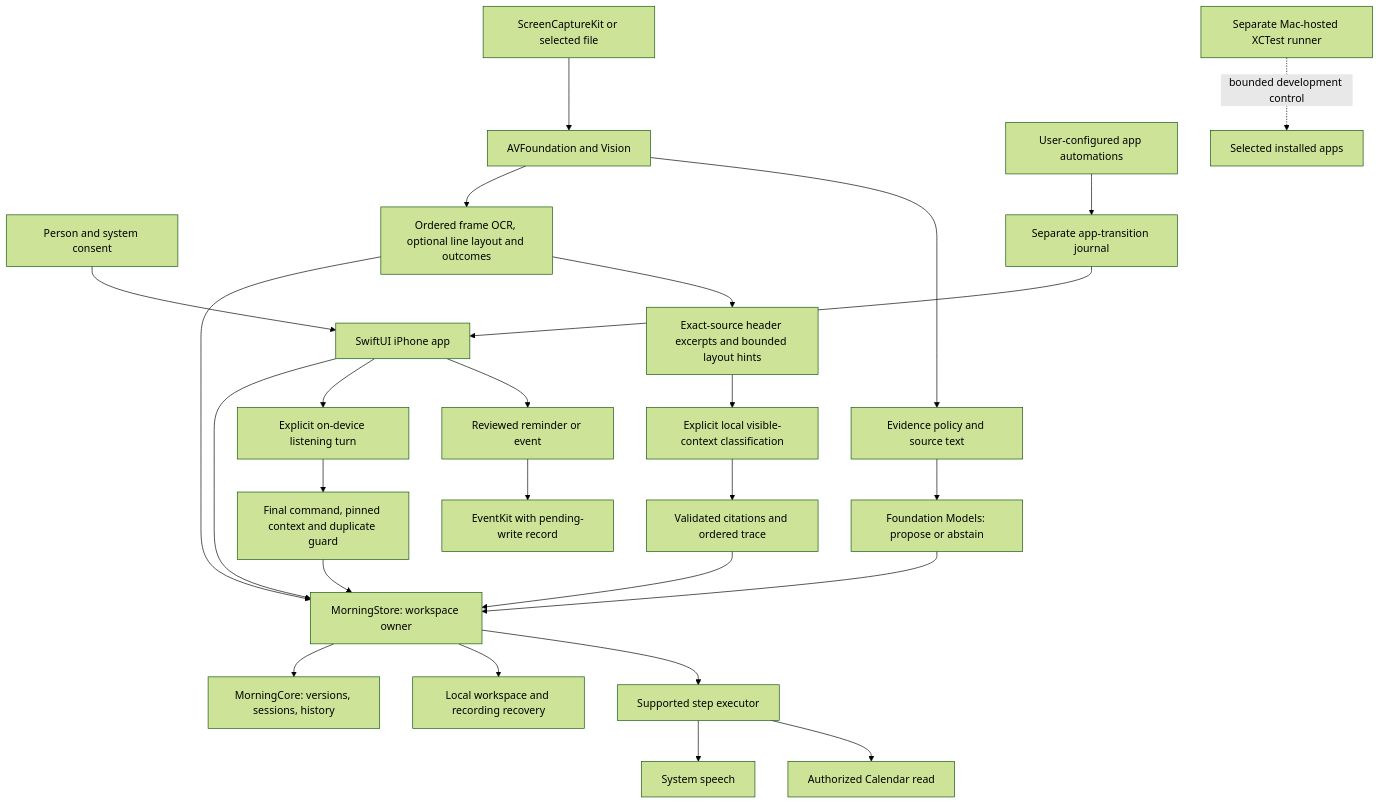
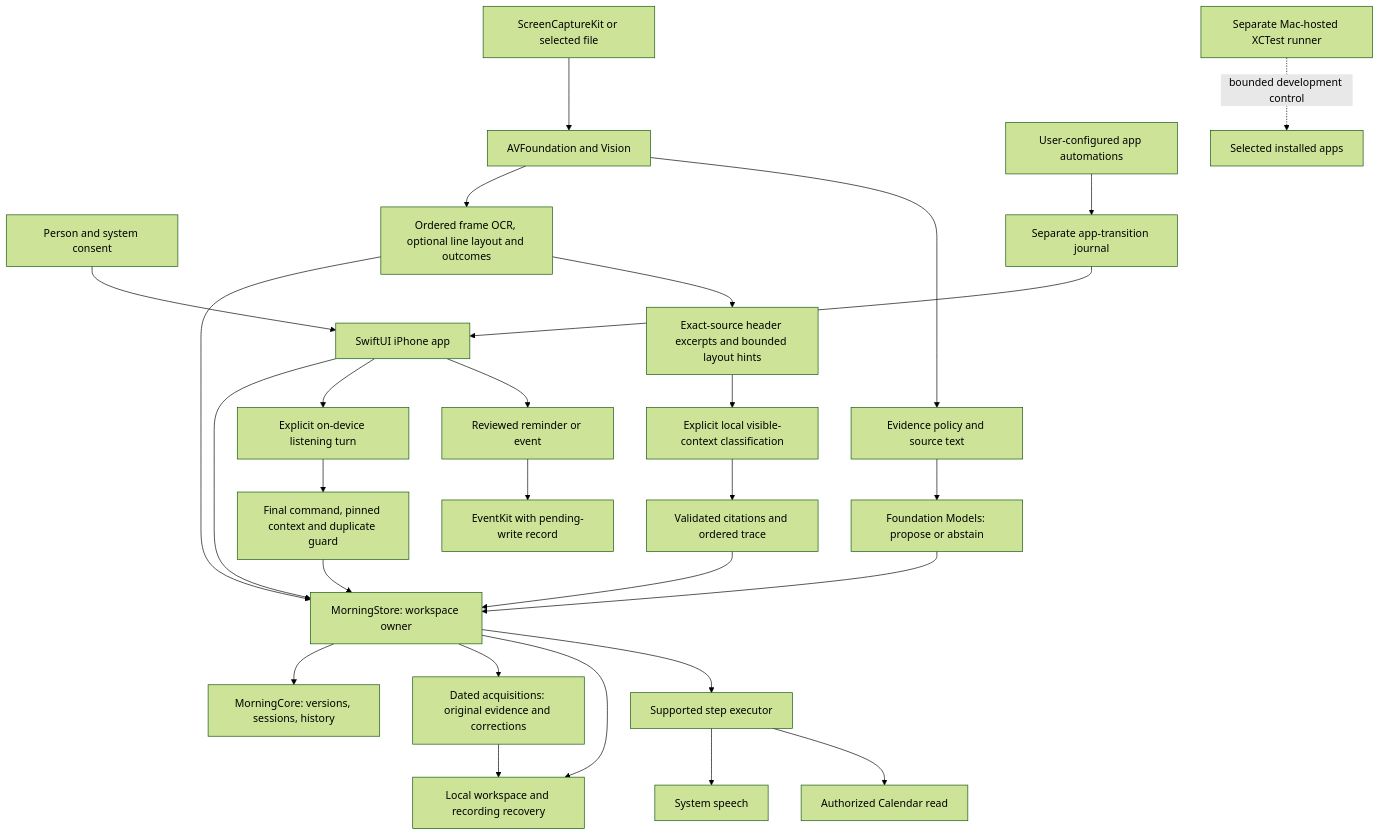
The first of 4 diagrams in docs/ARCHITECTURE.md (gderamchi/morning-operator), drawn with Mermaid (forest theme) before and after one commit. The commit also changed other lines of this file and 8 other files, not shown here.

````diff
--- a/docs/ARCHITECTURE.md
+++ b/docs/ARCHITECTURE.md
@@ -11,28 +13,30 @@
 ```mermaid
 flowchart TB
     Person["Person and system consent"] --> UI["SwiftUI iPhone app"]
     UI --> Store["MorningStore: workspace owner"]
     Capture["ScreenCaptureKit or selected file"] --> Media["AVFoundation and Vision"]
     Media --> Frames["Ordered frame OCR, optional line layout and outcomes"]
     Frames --> Store
     Frames --> Excerpts["Exact-source header excerpts and bounded layout hints"]
     Excerpts --> Context["Explicit local visible-context classification"]
     Context --> Trace["Validated citations and ordered trace"]
     Trace --> Store
     Media --> Evidence["Evidence policy and source text"]
     Evidence --> Model["Foundation Models: propose or abstain"]
     Model --> Store
     Store --> Core["MorningCore: versions, sessions, history"]
+    Store --> Archive["Dated acquisitions: original evidence and corrections"]
+    Archive --> Disk
     Store --> Disk["Local workspace and recording recovery"]
     Store --> Runner["Supported step executor"]
     Runner --> Speech["System speech"]
     UI --> Listener["Explicit on-device listening turn"]
     Listener --> Command["Final command, pinned context and duplicate guard"]
     Command --> Store
     Runner --> Calendar["Authorized Calendar read"]
     UI --> ReviewedSave["Reviewed reminder or event"]
     ReviewedSave --> EventKit["EventKit with pending-write record"]
     Shortcuts["User-configured app automations"] --> Journal["Separate app-transition journal"]
     Journal --> UI
     Harness["Separate Mac-hosted XCTest runner"] -. "bounded development control" .-> OtherApps["Selected installed apps"]
 ```
````
